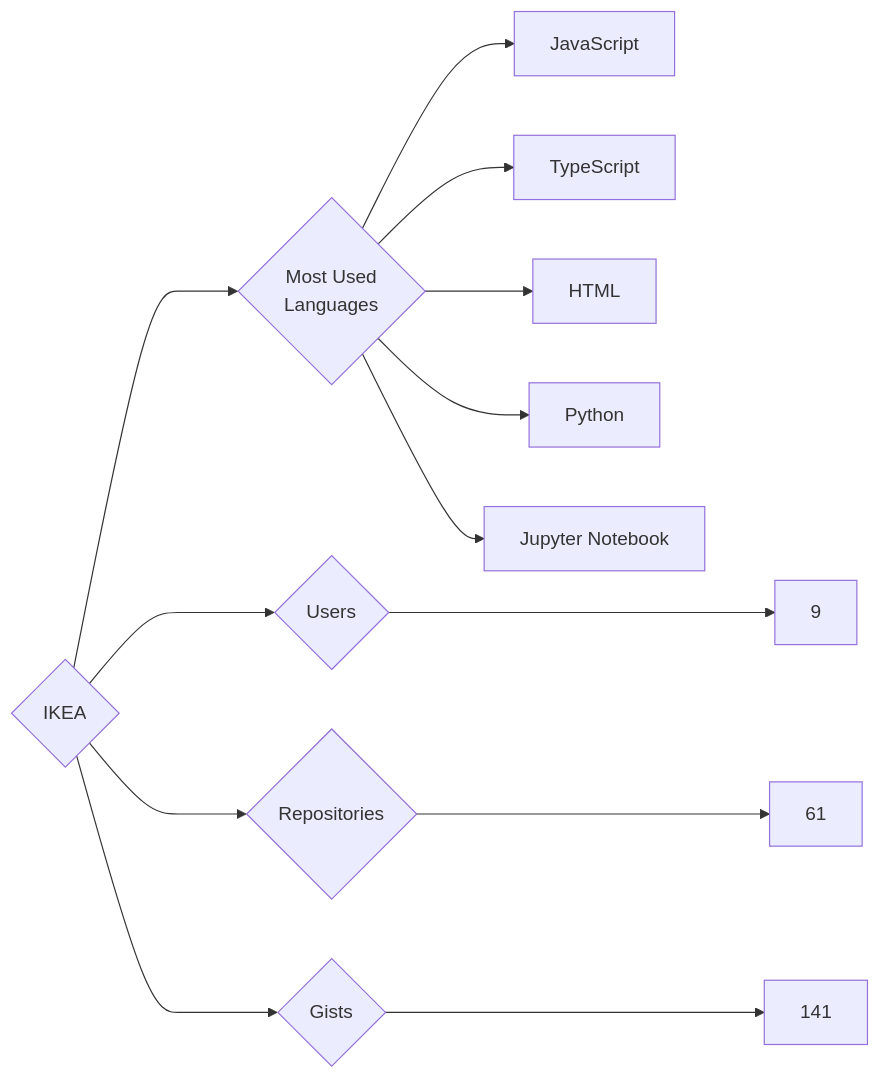
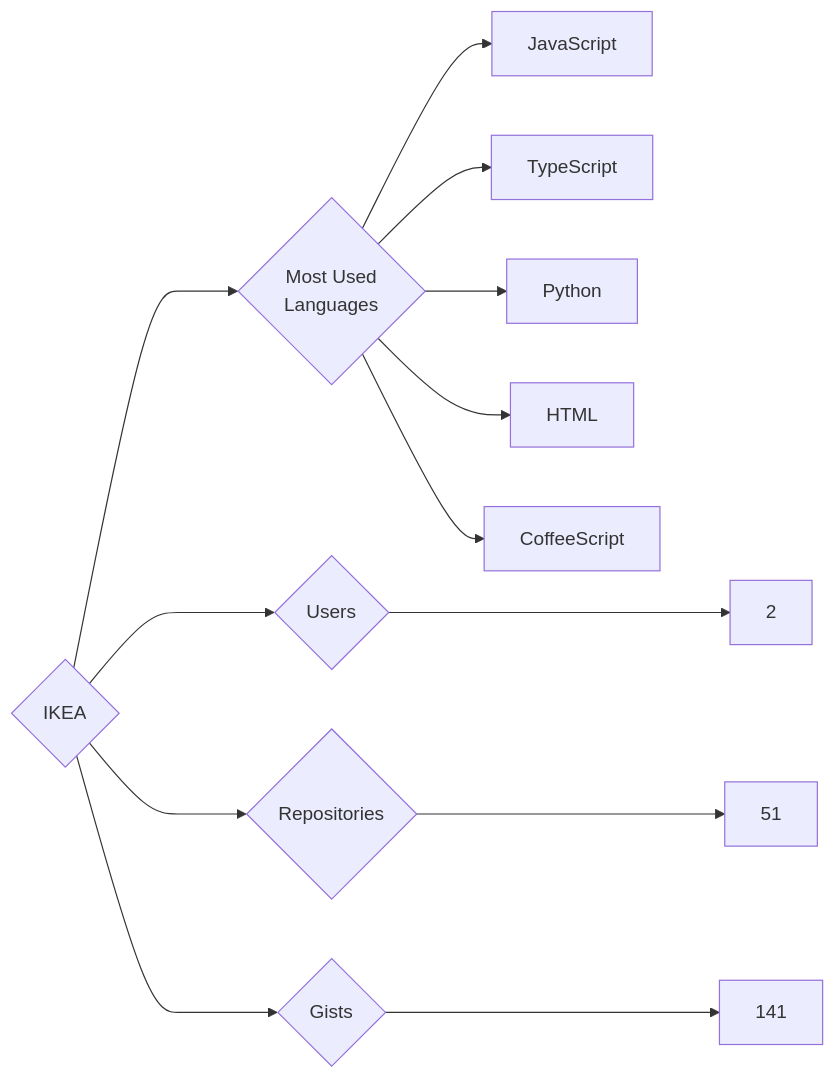
The diagram in targets/IKEA/README.md (trickest/insiders), drawn with Mermaid before and after one commit. The commit also changed 614 other files, not shown here.

````diff
--- a/targets/IKEA/README.md
+++ b/targets/IKEA/README.md
@@ -3,13 +3,13 @@
 ```mermaid
 graph LR
 COMPANY_NAME{IKEA}
-COMPANY_NAME ---> U{Users} ---> UN[9]
-COMPANY_NAME ---> R{Repositories} ---> RN[61]
+COMPANY_NAME ---> U{Users} ---> UN[2]
+COMPANY_NAME ---> R{Repositories} ---> RN[51]
 COMPANY_NAME ---> G{Gists} ---> GN[141]
 COMPANY_NAME ---> ML{Most Used<br>Languages}
 ML --> JavaScript[JavaScript]
 ML --> TypeScript[TypeScript]
+ML --> Python[Python]
 ML --> HTML[HTML]
-ML --> Python[Python]
-ML --> Jupyter_Notebook[Jupyter Notebook]
+ML --> CoffeeScript[CoffeeScript]
 ```
````
